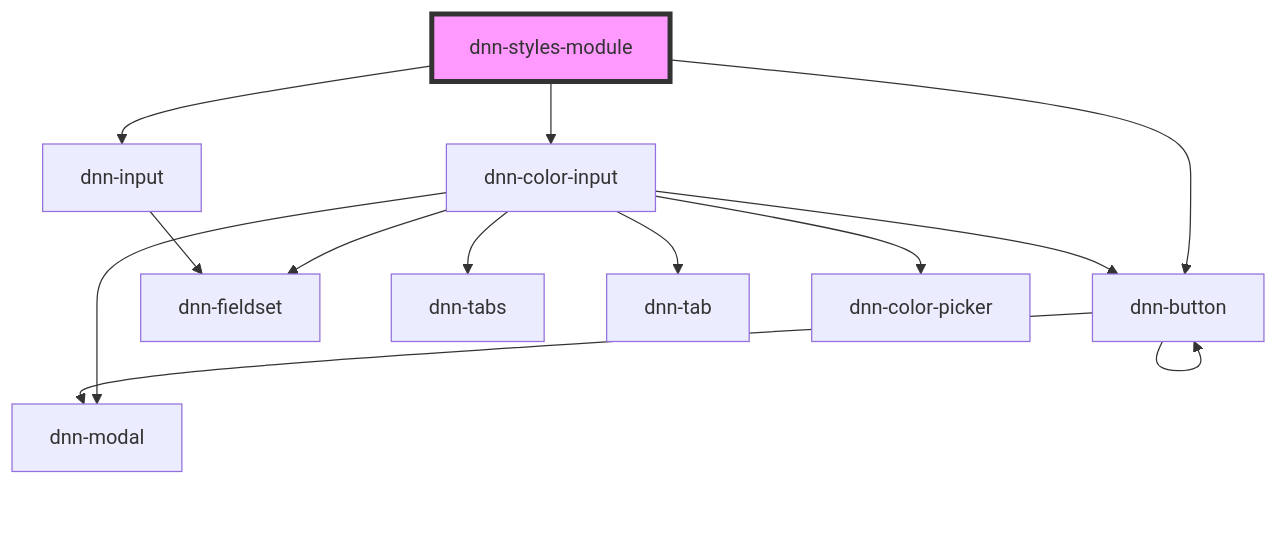
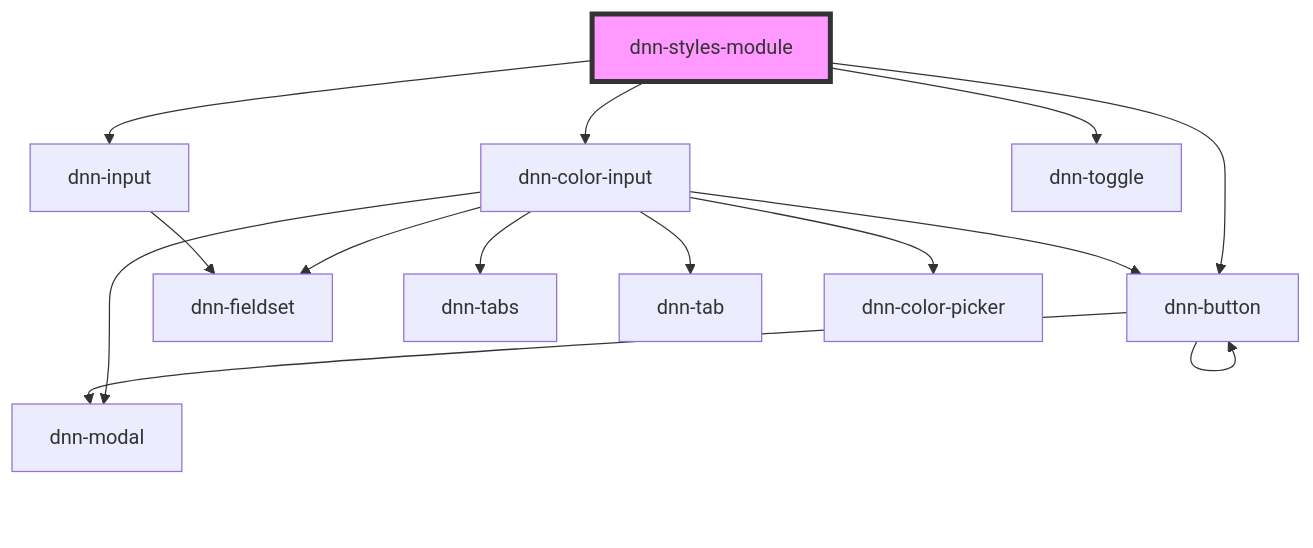
Before and after one commit to dnnsoftware/Dnn.Platform: the diagram in Dnn.AdminExperience/ClientSide/Styles.Web/src/components/dnn-styles-module/readme.md, drawn with Mermaid. The commit also changed other lines of this file and 11 other files, not shown here.

````diff
--- a/Dnn.AdminExperience/ClientSide/Styles.Web/src/components/dnn-styles-module/readme.md
+++ b/Dnn.AdminExperience/ClientSide/Styles.Web/src/components/dnn-styles-module/readme.md
@@ -17,16 +18,17 @@
 ```mermaid
 graph TD;
   dnn-styles-module --> dnn-color-input
   dnn-styles-module --> dnn-input
+  dnn-styles-module --> dnn-toggle
   dnn-styles-module --> dnn-button
   dnn-color-input --> dnn-fieldset
   dnn-color-input --> dnn-modal
   dnn-color-input --> dnn-tabs
   dnn-color-input --> dnn-tab
   dnn-color-input --> dnn-color-picker
   dnn-color-input --> dnn-button
   dnn-button --> dnn-modal
   dnn-button --> dnn-button
   dnn-input --> dnn-fieldset
   style dnn-styles-module fill:#f9f,stroke:#333,stroke-width:4px
 ```
````
